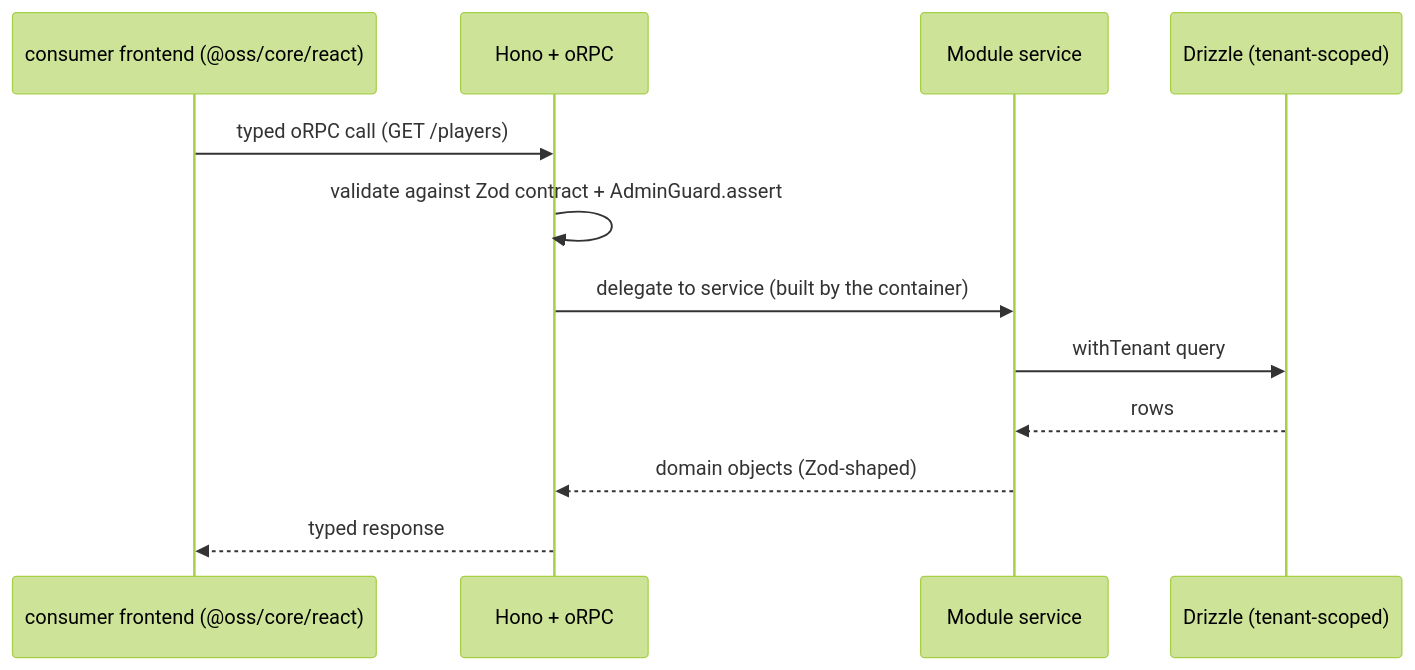
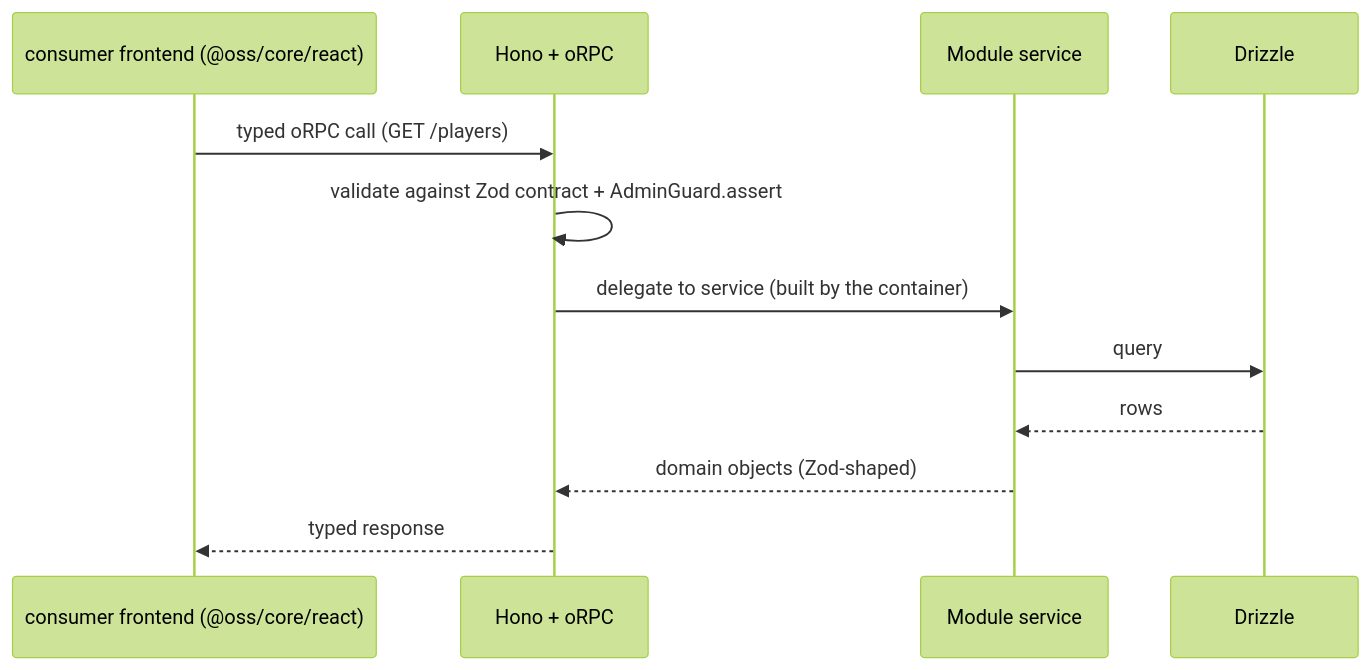
The second of 2 diagrams in docs/architecture.md (blurifycom/openora), drawn with Mermaid (forest theme) before and after one commit. The commit also changed other lines of this file and 103 other files, not shown here.

````diff
--- a/docs/architecture.md
+++ b/docs/architecture.md
@@ -133,15 +133,15 @@
 ```mermaid
 sequenceDiagram
   participant UI as consumer frontend (@oss/core/react)
   participant API as Hono + oRPC
   participant Mod as Module service
-  participant DB as Drizzle (tenant-scoped)
+  participant DB as Drizzle
 
   UI->>API: typed oRPC call (GET /players)
   API->>API: validate against Zod contract + AdminGuard.assert
   API->>Mod: delegate to service (built by the container)
-  Mod->>DB: withTenant query
+  Mod->>DB: query
   DB-->>Mod: rows
   Mod-->>API: domain objects (Zod-shaped)
   API-->>UI: typed response
 ```
````
